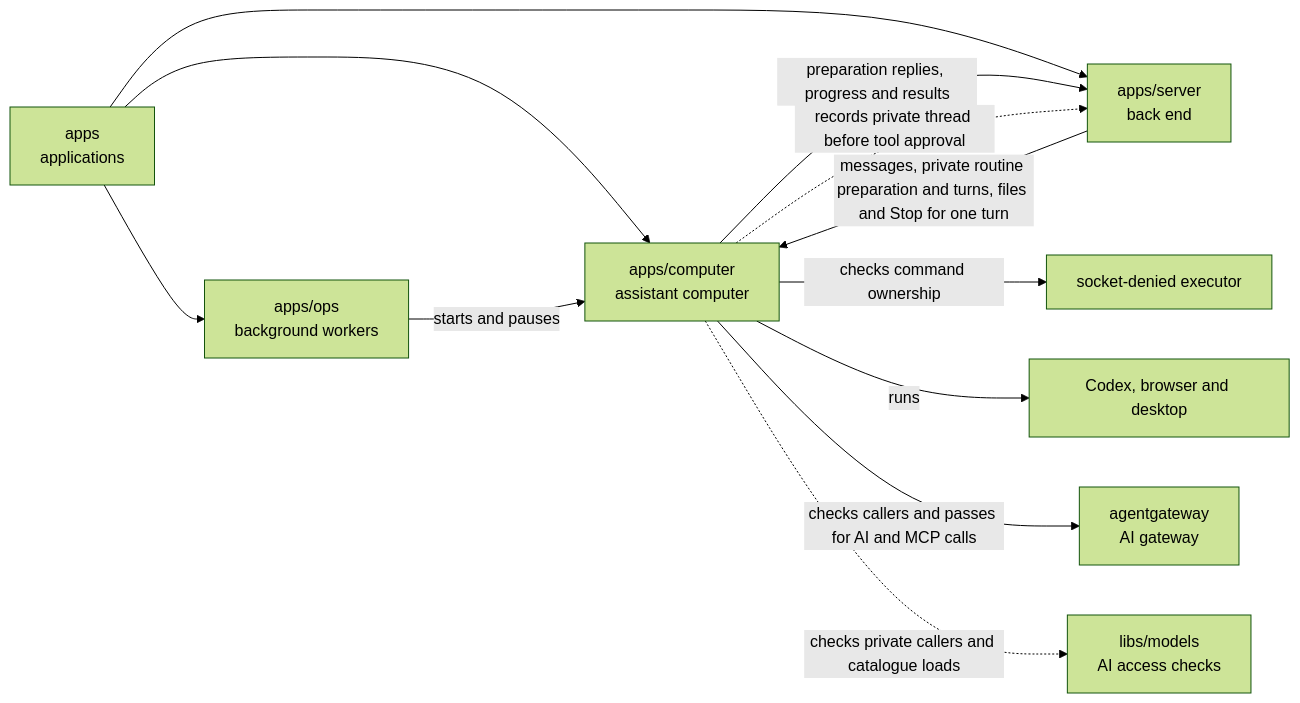
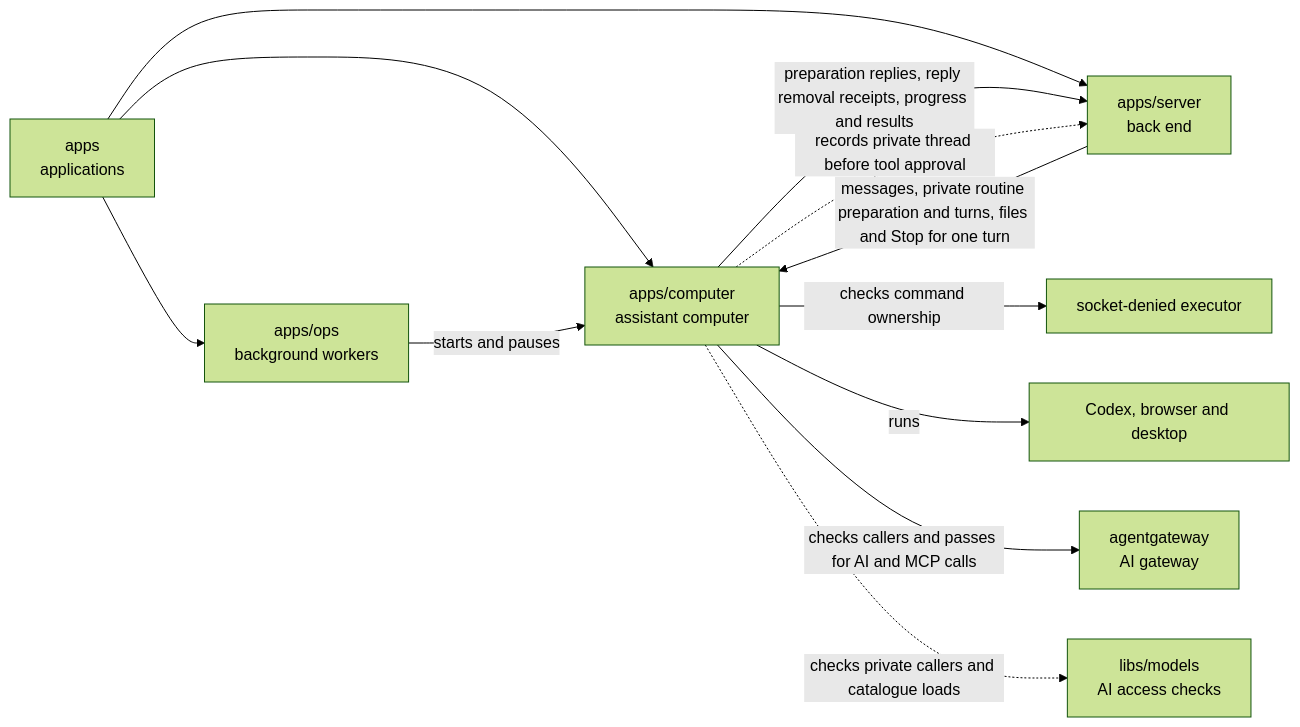
One commit to elewa-git/opencrane-new changed the diagram in apps/computer/README.md. Above: the diagram before and after it, drawn with Mermaid (forest theme). The commit also changed other lines of this file and 12 other files, not shown here.

First line of the commit message:
🧠 Saved memory invalidations reach the live computer and clear private replies even after the turn completes (#783)

````diff
--- a/apps/computer/README.md
+++ b/apps/computer/README.md
@@ -16,14 +16,14 @@
 ```mermaid
 flowchart LR
   apps["apps<br/>applications"] --> computer["apps/computer<br/>assistant computer"]
   apps --> ops["apps/ops<br/>background workers"]
   apps --> server["apps/server<br/>back end"]
   ops -->|starts and pauses| computer
   server -->|messages, private routine preparation and turns, files and Stop for one turn| computer
-  computer -->|preparation replies, progress and results| server
+  computer -->|preparation replies, reply removal receipts, progress and results| server
   computer -.->|records private thread before tool approval| server
   computer -->|checks command ownership| executor["socket-denied executor"]
   computer -->|runs| desktop["Codex, browser and desktop"]
   computer -->|checks callers and passes for AI and MCP calls| gateway["agentgateway<br/>AI gateway"]
   computer -.->|checks private callers and catalogue loads| models["libs/models<br/>AI access checks"]
 ```
````
